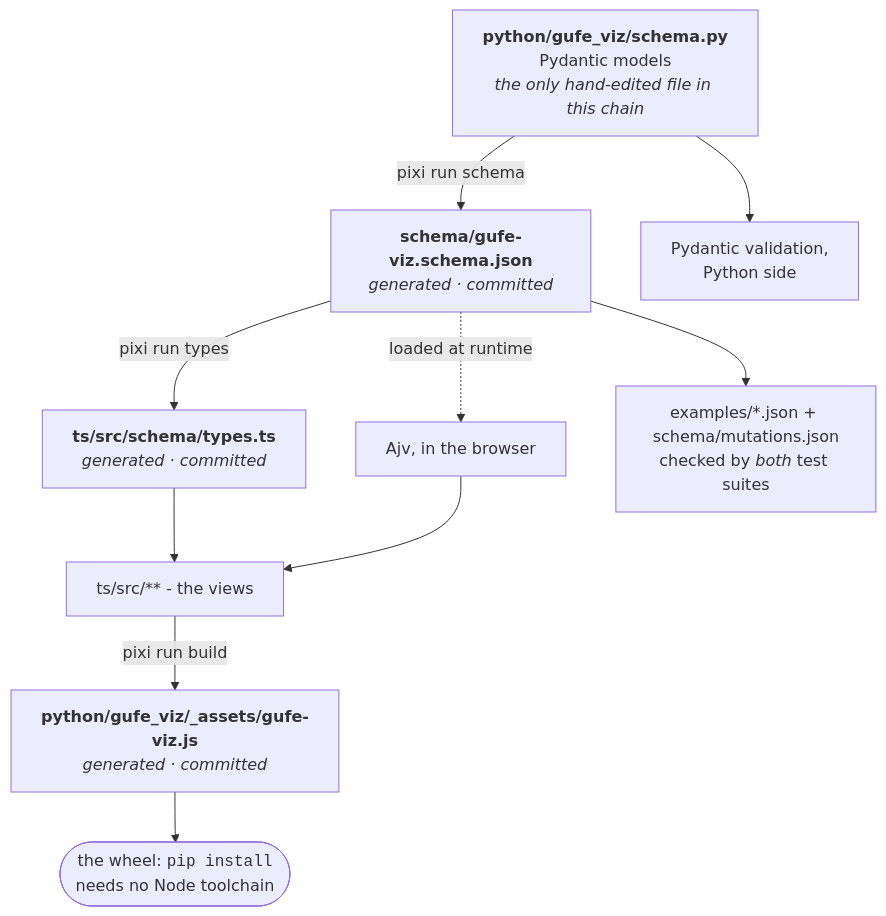
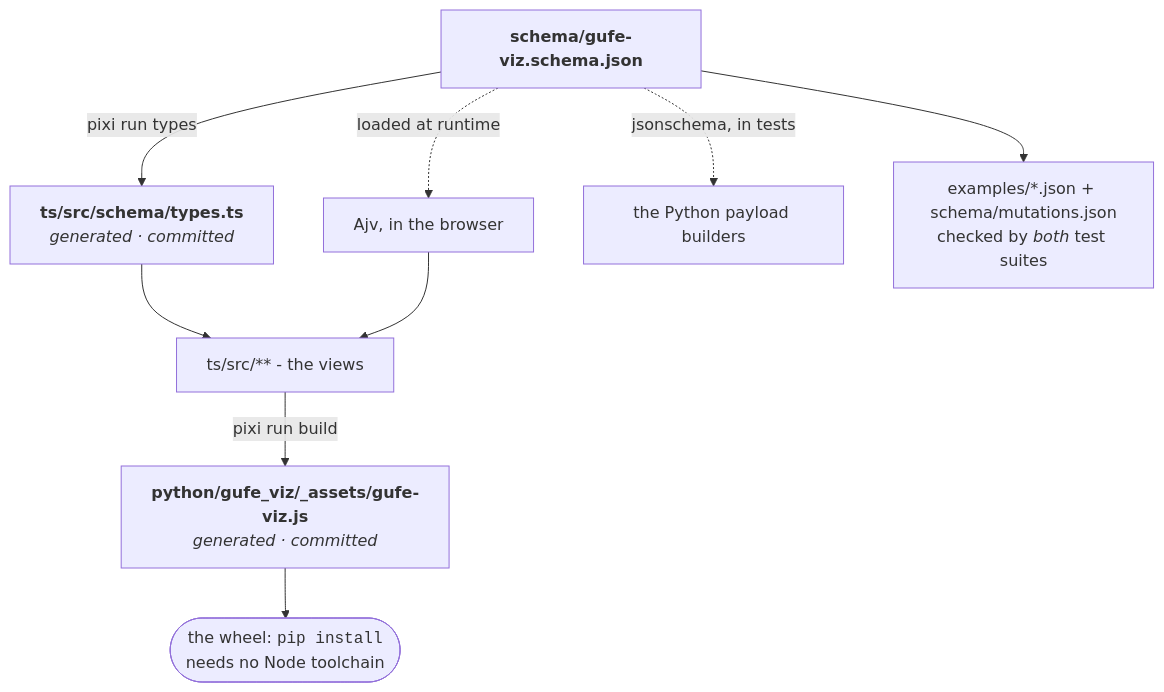
One commit to omsf-eco-infra/gufe-viz changed the third of 3 diagrams in README.md. Above: the diagram before and after it, drawn with Mermaid. The commit also changed other lines of this file and 63 other files, not shown here.

````diff
--- a/README.md
+++ b/README.md
@@ -262,16 +272,15 @@
 ```mermaid
 flowchart TD
-  src["<b>python/gufe_viz/schema.py</b><br/>Pydantic models<br/><i>the only hand-edited file in this chain</i>"]
+  src["<b>schema/gufe-viz.schema.json</b>"]
 
-  src -->|"pixi run schema"| jsonschema["<b>schema/gufe-viz.schema.json</b><br/><i>generated · committed</i>"]
-  jsonschema -->|"pixi run types"| types["<b>ts/src/schema/types.ts</b><br/><i>generated · committed</i>"]
-  jsonschema -.->|"loaded at runtime"| ajv["Ajv, in the browser"]
+  src -->|"pixi run types"| types["<b>ts/src/schema/types.ts</b><br/><i>generated · committed</i>"]
+  src -.->|"loaded at runtime"| ajv["Ajv, in the browser"]
+  src -.->|"jsonschema, in tests"| py["the Python payload builders"]
 
   types --> views["ts/src/** - the views"]
   ajv --> views
   views -->|"pixi run build"| bundle["<b>python/gufe_viz/_assets/gufe-viz.js</b><br/><i>generated · committed</i>"]
   bundle --> wheel(["the wheel: <code>pip install</code><br/>needs no Node toolchain"])
 
-  src --> pyd["Pydantic validation,<br/>Python side"]
-  jsonschema --> fixtures["examples/*.json + schema/mutations.json<br/>checked by <i>both</i> test suites"]
+  src --> fixtures["examples/*.json + schema/mutations.json<br/>checked by <i>both</i> test suites"]
 ```
````
